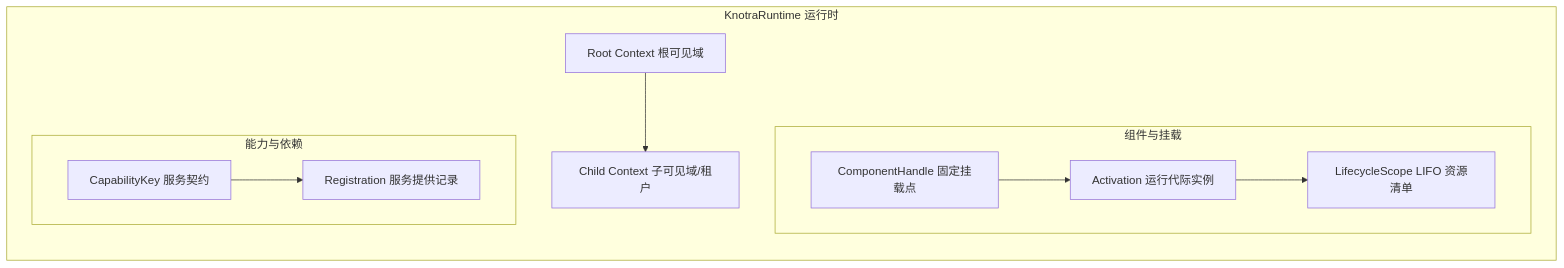
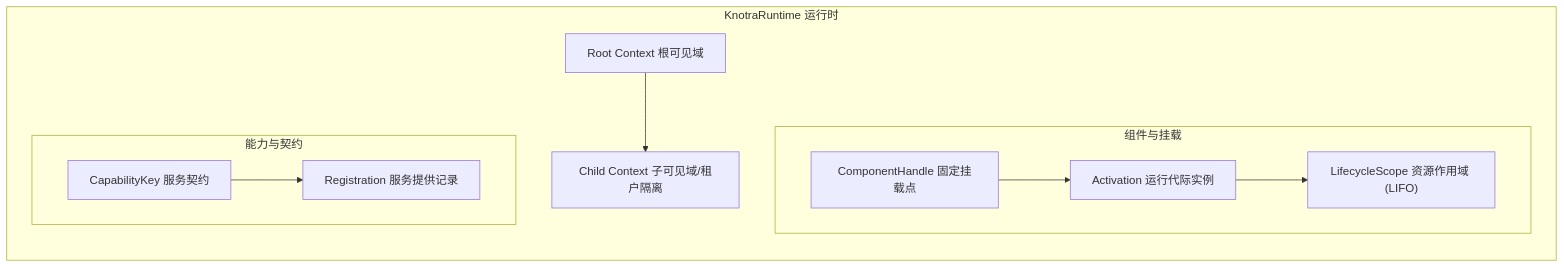
One commit to fjay/knotra changed the first of 5 diagrams in docs/Knotra API 与集成指南.md. Above: the diagram before and after it, drawn with Mermaid. The commit also changed other lines of this file and 7 other files, not shown here.

````diff
--- a/docs/Knotra API 与集成指南.md
+++ b/docs/Knotra API 与集成指南.md
@@ -11,23 +11,23 @@
 ```mermaid
 graph TB
     subgraph knotra_runtime ["KnotraRuntime 运行时"]
         direction TB
         RootContext["Root Context 根可见域"]
-        ChildContext["Child Context 子可见域/租户"]
+        ChildContext["Child Context 子可见域/租户隔离"]
         RootContext --> ChildContext
 
         subgraph sub_comp ["组件与挂载"]
             Handle["ComponentHandle 固定挂载点"]
             Activation["Activation 运行代际实例"]
-            Scope["LifecycleScope LIFO 资源清单"]
+            Scope["LifecycleScope 资源作用域 (LIFO)"]
             Handle --> Activation
             Activation --> Scope
         end
 
-        subgraph sub_cap ["能力与依赖"]
+        subgraph sub_cap ["能力与契约"]
             CapKey["CapabilityKey 服务契约"]
             Reg["Registration 服务提供记录"]
             CapKey --> Reg
         end
     end
 ```
````
